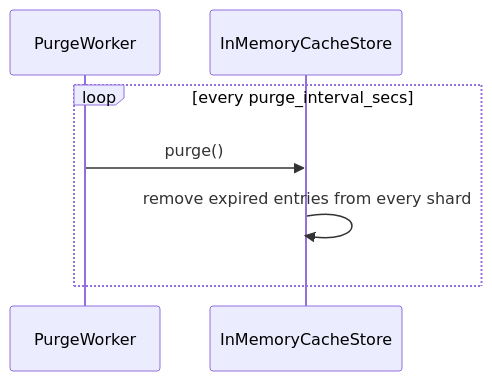
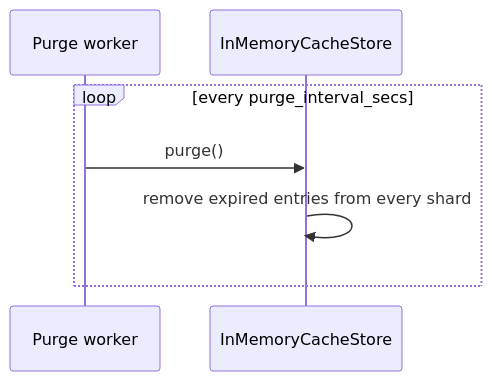
Before and after one commit to sisaio/sisa-caching-rs: the seventh of 8 diagrams in docs/02-flows.md, drawn with Mermaid. The commit also changed other lines of this file and 4 other files, not shown here.

````diff
--- a/docs/02-flows.md
+++ b/docs/02-flows.md
@@ -201,10 +201,10 @@
 ```mermaid
 sequenceDiagram
-    participant W as PurgeWorker
+    participant W as Purge worker
     participant Store as InMemoryCacheStore
 
     loop every purge_interval_secs
         W->>Store: purge()
         Store->>Store: remove expired entries from every shard
     end
 ```
````
